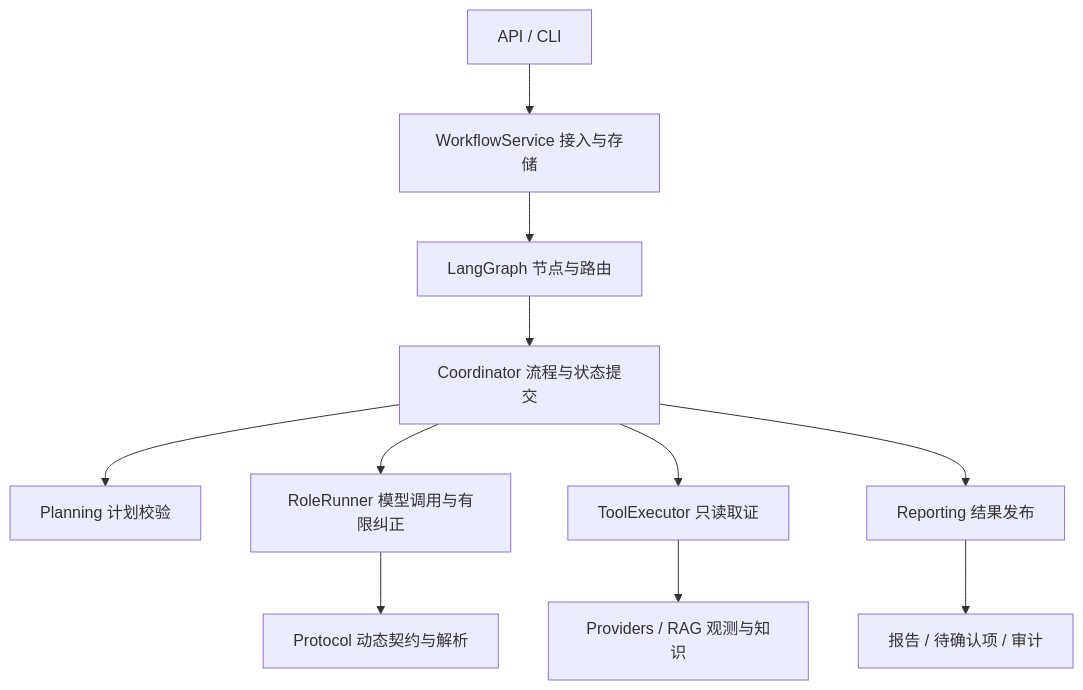
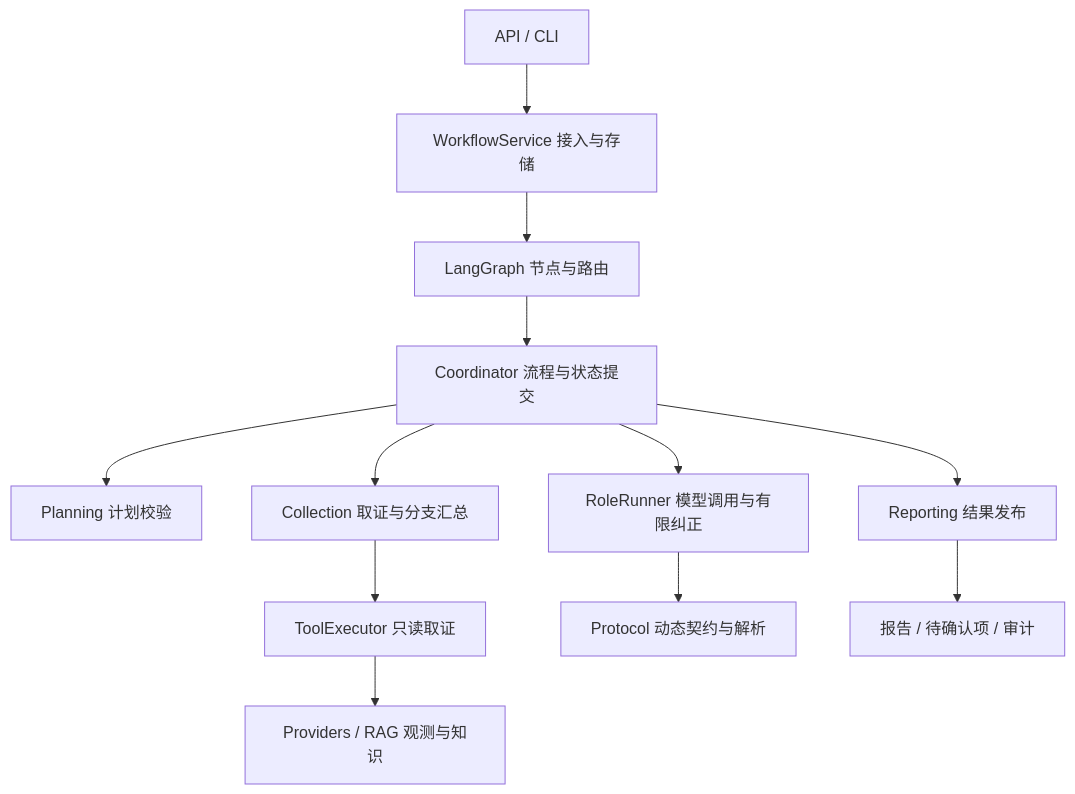
One commit to Heresy0/IT_Incident_Agent changed the diagram in examples/showcase/architecture.md. Above: the diagram before and after it, drawn with Mermaid. The commit also changed other lines of this file and 5 other files, not shown here.

````diff
--- a/examples/showcase/architecture.md
+++ b/examples/showcase/architecture.md
@@ -7,13 +7,14 @@
 ```mermaid
 flowchart TD
     A[API / CLI] --> S[WorkflowService 接入与存储]
     S --> G[LangGraph 节点与路由]
     G --> C[Coordinator 流程与状态提交]
     C --> P[Planning 计划校验]
     C --> M[RoleRunner 模型调用与有限纠正]
-    C --> T[ToolExecutor 只读取证]
+    C --> L[Collection 取证与分支汇总]
+    L --> T[ToolExecutor 只读取证]
     C --> R[Reporting 结果发布]
     M --> K[Protocol 动态契约与解析]
     T --> D[Providers / RAG 观测与知识]
     R --> O[报告 / 待确认项 / 审计]
 ```
````
